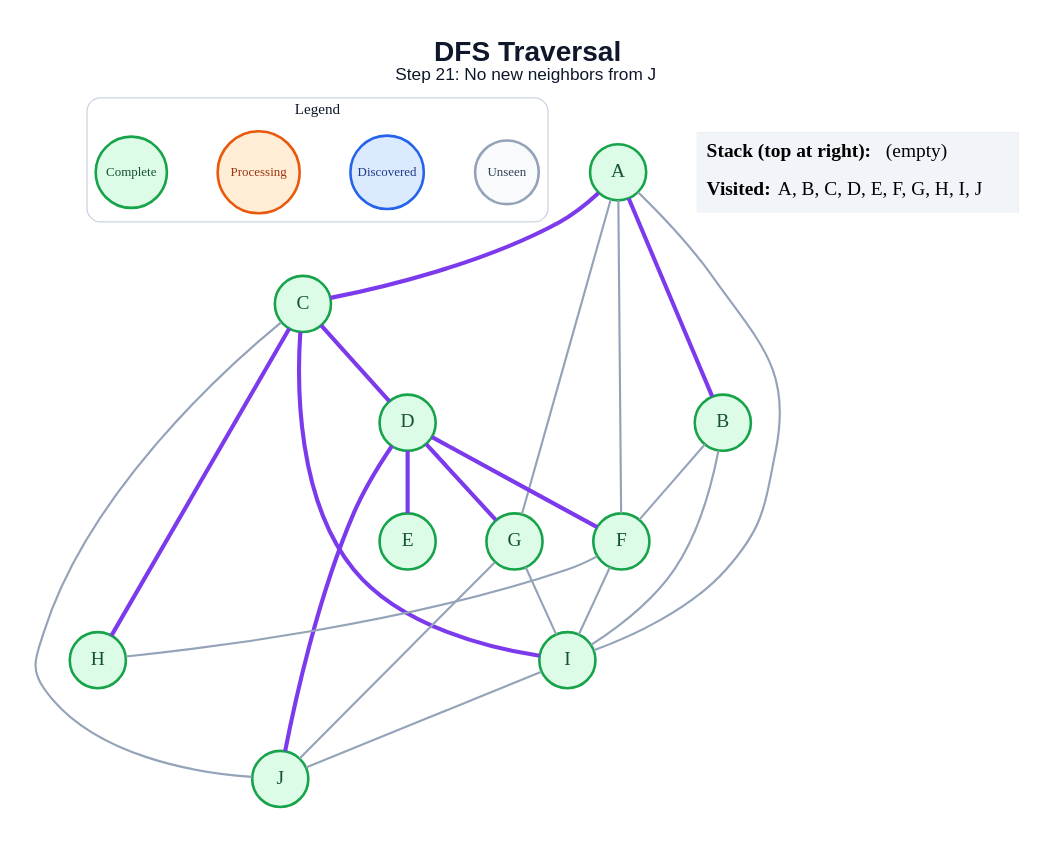
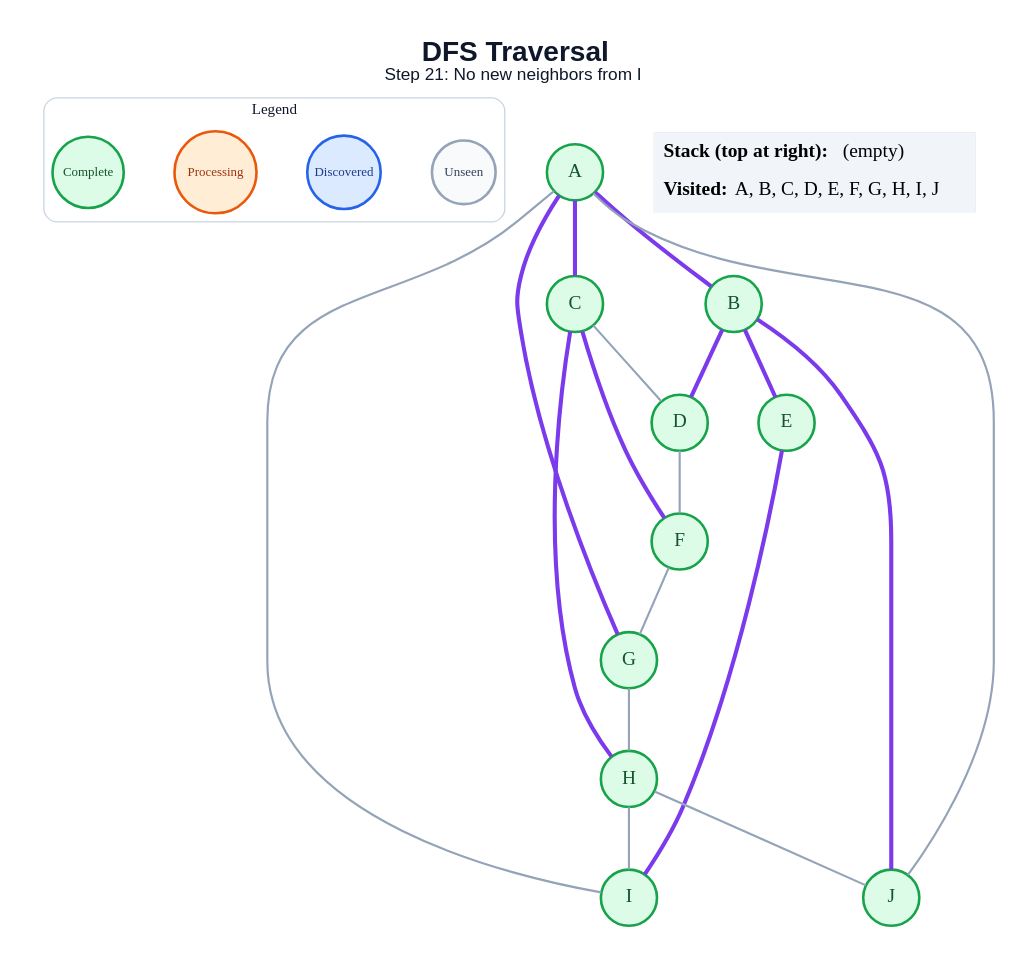
The diagram in generated/specific-node/dfs/step_21.dot (amanghodawala9/ai-slop), drawn with Graphviz before and after one commit. The commit also changed 178 other files, not shown here.

```diff
--- a/generated/specific-node/dfs/step_21.dot
+++ b/generated/specific-node/dfs/step_21.dot
@@ -1,49 +1,46 @@
 graph traversal {
   graph [layout=dot, rankdir=TB, bgcolor="#FFFFFF", pad="0.35", nodesep="0.65", ranksep="0.8", fontname="Arial"];
   node [shape=circle, style="filled", fontname="Arial Bold", fontsize=18, width=0.72, fixedsize=true, penwidth=2.4];
   edge [color="#94A3B8", penwidth=2.0];
-  label=<<B>DFS Traversal</B><BR/><FONT POINT-SIZE="16">Step 21: No new neighbors from J</FONT>>; labelloc="t"; fontsize=26; fontname="Arial"; fontcolor="#0F172A";
+  label=<<B>DFS Traversal</B><BR/><FONT POINT-SIZE="16">Step 21: No new neighbors from I</FONT>>; labelloc="t"; fontsize=26; fontname="Arial"; fontcolor="#0F172A";
   subgraph cluster_legend { label="Legend"; color="#CBD5E1"; penwidth=1.2; style="rounded"; fontsize=14; fontname="Arial Bold";
     key_unseen [label="Unseen", fillcolor="#F8FAFC", color="#94A3B8", fontcolor="#334155", fontsize=12, width=0.82];
     key_frontier [label="Discovered", fillcolor="#DBEAFE", color="#2563EB", fontcolor="#1E3A8A", fontsize=12, width=0.95];
     key_current [label="Processing", fillcolor="#FFEDD5", color="#EA580C", fontcolor="#9A3412", fontsize=12, width=1.05];
     key_done [label="Complete", fillcolor="#DCFCE7", color="#16A34A", fontcolor="#14532D", fontsize=12, width=0.92];
     { rank=same; key_unseen; key_frontier; key_current; key_done; }
   }
   A [fillcolor="#DCFCE7", color="#16A34A", fontcolor="#14532D"];
   B [fillcolor="#DCFCE7", color="#16A34A", fontcolor="#14532D"];
   C [fillcolor="#DCFCE7", color="#16A34A", fontcolor="#14532D"];
   D [fillcolor="#DCFCE7", color="#16A34A", fontcolor="#14532D"];
   E [fillcolor="#DCFCE7", color="#16A34A", fontcolor="#14532D"];
   F [fillcolor="#DCFCE7", color="#16A34A", fontcolor="#14532D"];
   G [fillcolor="#DCFCE7", color="#16A34A", fontcolor="#14532D"];
   H [fillcolor="#DCFCE7", color="#16A34A", fontcolor="#14532D"];
   I [fillcolor="#DCFCE7", color="#16A34A", fontcolor="#14532D"];
   J [fillcolor="#DCFCE7", color="#16A34A", fontcolor="#14532D"];
   A -- B [color="#7C3AED", penwidth=3.8];
   A -- C [color="#7C3AED", penwidth=3.8];
-  A -- F;
-  A -- G;
+  A -- G [color="#7C3AED", penwidth=3.8];
   A -- I;
-  B -- F;
-  B -- I;
-  C -- D [color="#7C3AED", penwidth=3.8];
+  A -- J;
+  B -- D [color="#7C3AED", penwidth=3.8];
+  B -- E [color="#7C3AED", penwidth=3.8];
+  B -- J [color="#7C3AED", penwidth=3.8];
+  C -- D;
+  C -- F [color="#7C3AED", penwidth=3.8];
   C -- H [color="#7C3AED", penwidth=3.8];
-  C -- I [color="#7C3AED", penwidth=3.8];
-  C -- J;
-  D -- E [color="#7C3AED", penwidth=3.8];
-  D -- F [color="#7C3AED", penwidth=3.8];
-  D -- G [color="#7C3AED", penwidth=3.8];
-  D -- J [color="#7C3AED", penwidth=3.8];
-  F -- H;
-  F -- I;
-  G -- I;
-  G -- J;
-  I -- J;
+  D -- F;
+  E -- I [color="#7C3AED", penwidth=3.8];
+  F -- G;
+  G -- H;
+  H -- I;
+  H -- J;
   status [shape=plain, fixedsize=false, width=0, height=0, margin=0, label=<
     <TABLE BORDER="0" CELLBORDER="0" CELLPADDING="7" BGCOLOR="#F1F5F9">
       <TR><TD ALIGN="LEFT"><B>Stack (top at right):</B> (empty)</TD></TR>
       <TR><TD ALIGN="LEFT"><B>Visited:</B> A, B, C, D, E, F, G, H, I, J</TD></TR>
     </TABLE>
   >];
 }
```
